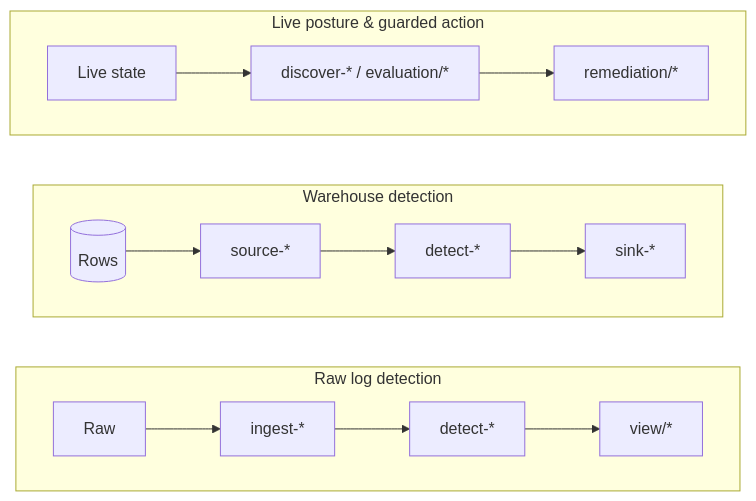
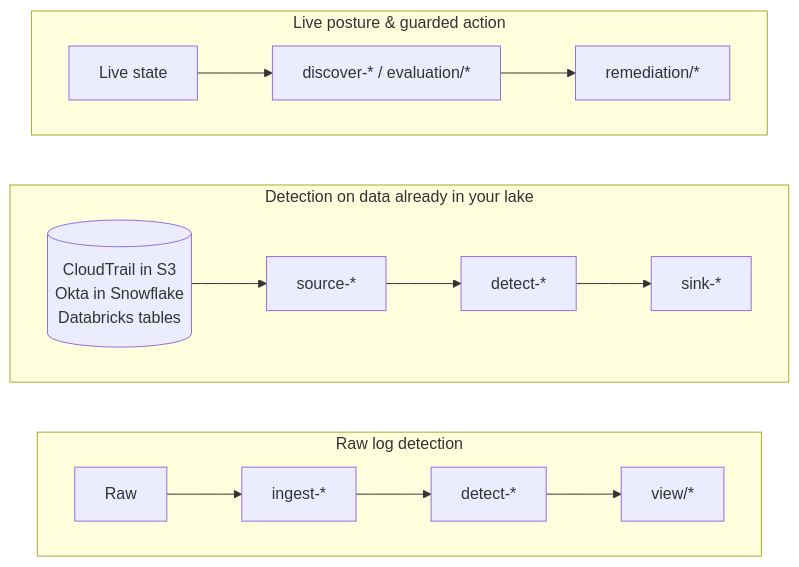
Before and after one commit to msaad00/cloud-security: the diagram in docs/DATA_HANDLING.md, drawn with Mermaid. The commit also changed 1 other file, not shown here.

Commit message:
docs: mix mermaid + ASCII + SVG (one format per job)
- Shipped flows: mermaid → ASCII in a fenced code block. Three
  independent linear pipelines are what ASCII does best — zero chance
  of auto-layout quirks, renders identically everywhere in a README.
- Architecture, agent integrations, IAM departures stay mermaid
  (branching and merging, auto-layout earns its keep).
- Hero banner stays SVG (branded, real Simple Icons vendor marks).

Naming fix
- "warehouse rows" was jargon. The source-* skills read security data
  that's already centralized in a lake/warehouse. Re-labeled as
  "Detection on data already in your lake" with concrete examples
  (CloudTrail in S3, Okta in Snowflake, Databricks tables).
- Same fix applied to docs/DATA_HANDLING.md.
- Start-here table row updated to match.

All 3 remaining mermaid blocks re-verified via @mermaid-js/mermaid-cli
before commit.

````diff
--- a/docs/DATA_HANDLING.md
+++ b/docs/DATA_HANDLING.md
@@ -20,19 +20,19 @@
 ```mermaid
 flowchart LR
     classDef raw fill:#1e3a8a,stroke:#60a5fa,color:#dbeafe
     classDef wh fill:#083344,stroke:#22d3ee,color:#cffafe
     classDef live fill:#064e3b,stroke:#34d399,color:#d1fae5
 
     subgraph Lane1[Raw log detection]
         direction LR
         r1[Raw] --> r2[ingest-*] --> r3[detect-*] --> r4[view/*]
     end
-    subgraph Lane2[Warehouse detection]
+    subgraph Lane2[Detection on data already in your lake]
         direction LR
-        w1[(Rows)] --> w2[source-*] --> w3[detect-*] --> w4[sink-*]
+        w1[("CloudTrail in S3<br/>Okta in Snowflake<br/>Databricks tables")] --> w2[source-*] --> w3[detect-*] --> w4[sink-*]
     end
     subgraph Lane3[Live posture & guarded action]
         direction LR
         l1[Live state] --> l2[discover-* / evaluation/*] --> l3[remediation/*]
     end
 ```
````
